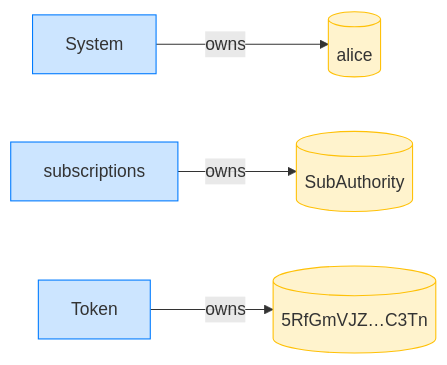
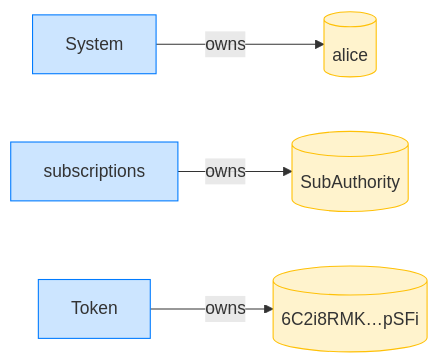
Before and after one commit to cds-rs/subscriptions: the fourth of 8 diagrams in dsl_tests/transfer-subscription--exceeding-the-period-limit-is-refused.md, drawn with Mermaid. The commit also changed other lines of this file and 224 other files, not shown here.

````diff
--- a/dsl_tests/transfer-subscription--exceeding-the-period-limit-is-refused.md
+++ b/dsl_tests/transfer-subscription--exceeding-the-period-limit-is-refused.md
@@ -73,14 +78,14 @@
 ```mermaid
 flowchart LR
     classDef owner fill:#cce5ff,stroke:#007bff;
     classDef account fill:#fff3cd,stroke:#ffc107;
     System[System]:::owner
     alice[(alice)]:::account
     subscriptions[subscriptions]:::owner
     SubAuthority[(SubAuthority)]:::account
     Token[Token]:::owner
-    5RfGmVJZ_C3Tn[("5RfGmVJZ…C3Tn")]:::account
+    6C2i8RMK_pSFi[("6C2i8RMK…pSFi")]:::account
     System -->|owns| alice
     subscriptions -->|owns| SubAuthority
-    Token -->|owns| 5RfGmVJZ_C3Tn
+    Token -->|owns| 6C2i8RMK_pSFi
 ```
````
